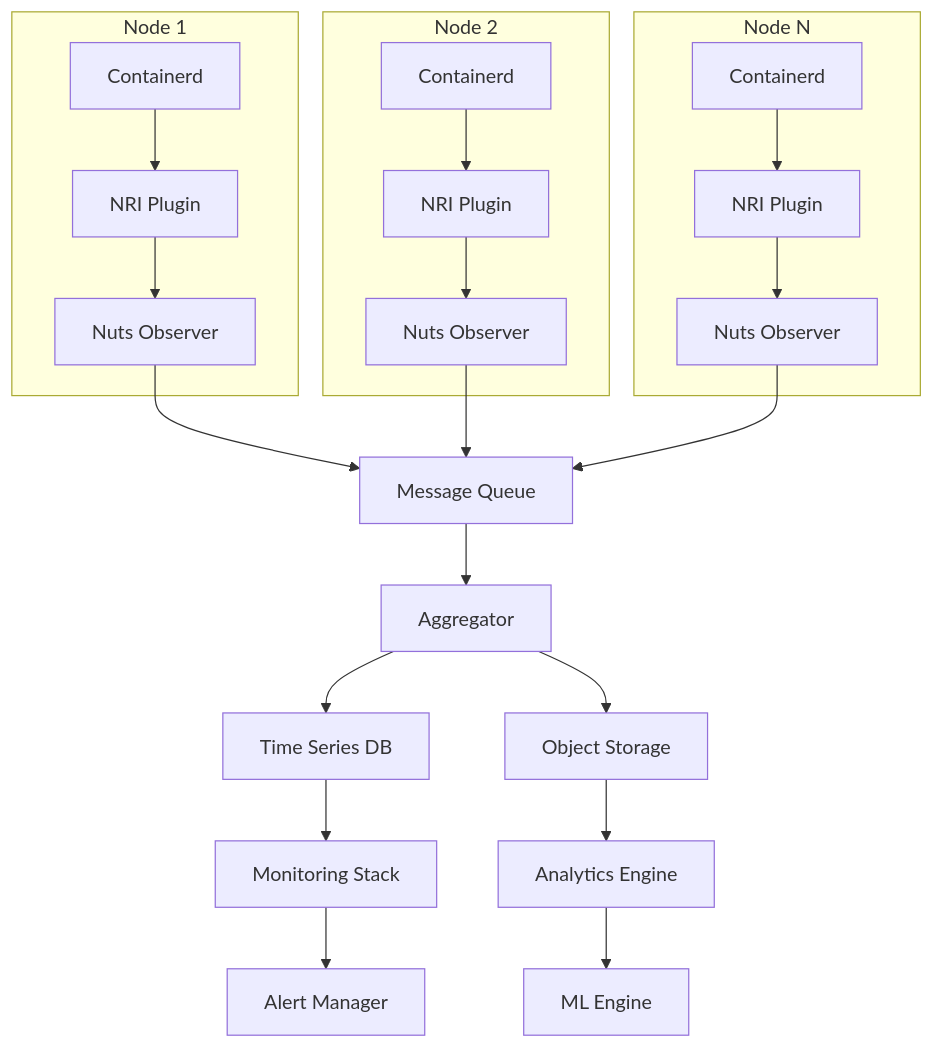
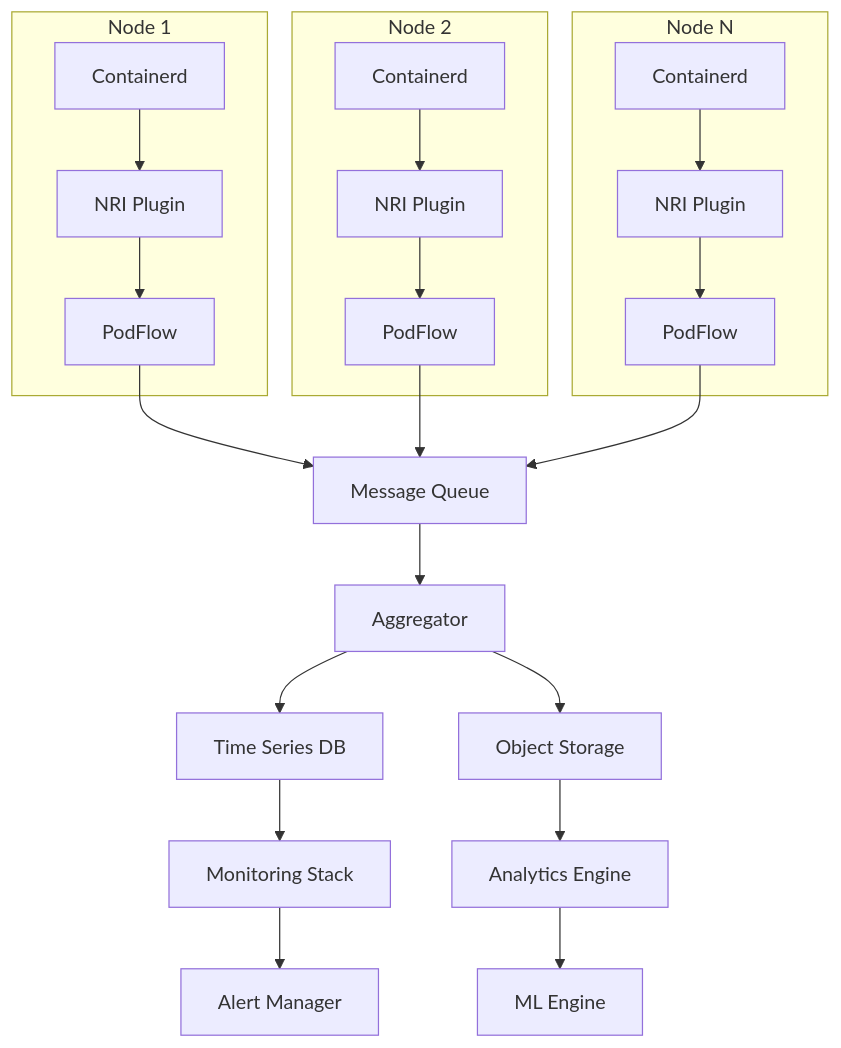
The second of 2 diagrams in docs/PRODUCTION_DEPLOYMENT_OPERATIONS_MANUAL.md (TDnorthgarden/PodFlow), drawn with Mermaid before and after one commit. The commit also changed other lines of this file and 89 other files, not shown here.

````diff
--- a/docs/PRODUCTION_DEPLOYMENT_OPERATIONS_MANUAL.md
+++ b/docs/PRODUCTION_DEPLOYMENT_OPERATIONS_MANUAL.md
@@ -103,31 +103,31 @@
 ```mermaid
 graph TB
     subgraph "Node 1"
         A1[Containerd] --> B1[NRI Plugin]
-        B1 --> C1[Nuts Observer]
+        B1 --> C1[PodFlow]
     end
     
     subgraph "Node 2"
         A2[Containerd] --> B2[NRI Plugin]
-        B2 --> C2[Nuts Observer]
+        B2 --> C2[PodFlow]
     end
     
     subgraph "Node N"
         AN[Containerd] --> BN[NRI Plugin]
-        BN --> CN[Nuts Observer]
+        BN --> CN[PodFlow]
     end
     
     C1 --> D[Message Queue]
     C2 --> D
     CN --> D
     
     D --> E[Aggregator]
     E --> F[Time Series DB]
     E --> G[Object Storage]
     
     F --> H[Monitoring Stack]
     G --> I[Analytics Engine]
     
     H --> J[Alert Manager]
     I --> K[ML Engine]
 ```
````
